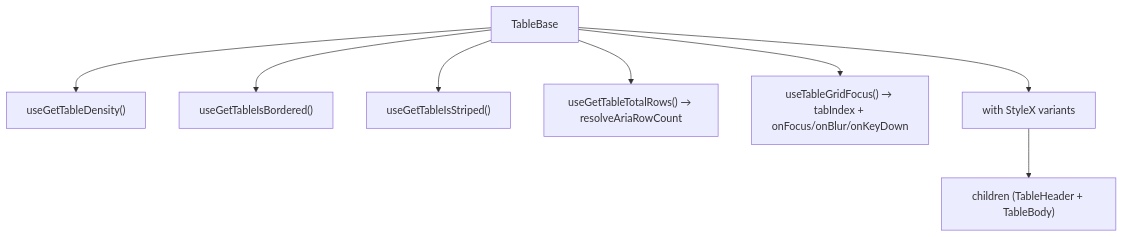
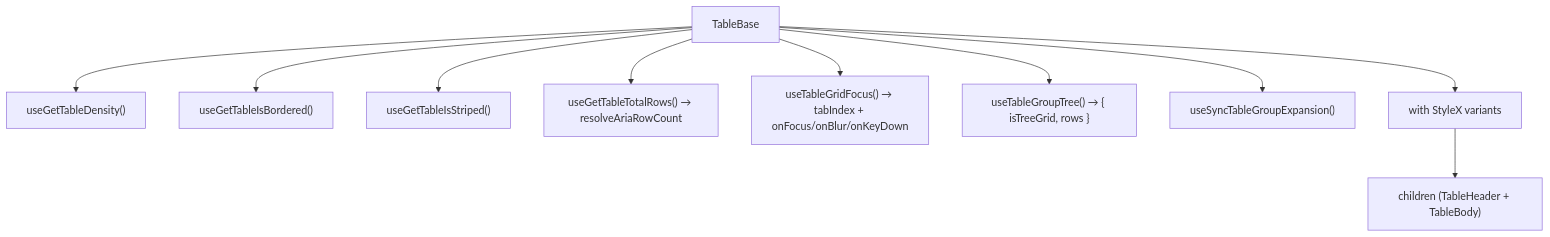
One commit to luciocabrera/lcabrera-stack changed the diagram in packages/ui/src/components/Table/TableBase/ARCHITECTURE.md. Above: the diagram before and after it, drawn with Mermaid. The commit also changed other lines of this file and 62 other files, not shown here.

First line of the commit message:
feat(ui): path-keyed group expansion and treegrid semantics (#665)

````diff
--- a/packages/ui/src/components/Table/TableBase/ARCHITECTURE.md
+++ b/packages/ui/src/components/Table/TableBase/ARCHITECTURE.md
@@ -75,10 +93,12 @@
 ```mermaid
 graph TD
   TB["TableBase"] --> density["useGetTableDensity()"]
   TB --> bordered["useGetTableIsBordered()"]
   TB --> striped["useGetTableIsStriped()"]
   TB --> total["useGetTableTotalRows() → resolveAriaRowCount"]
   TB --> focus["useTableGridFocus() → tabIndex + onFocus/onBlur/onKeyDown"]
-  TB --> table["<table role='grid'> with StyleX variants"]
+  TB --> tree["useTableGroupTree() → { isTreeGrid, rows }"]
+  TB --> sync["useSyncTableGroupExpansion()"]
+  TB --> table["<table role='grid' | 'treegrid'> with StyleX variants"]
   table --> children["children (TableHeader + TableBody)"]
 ```
````
